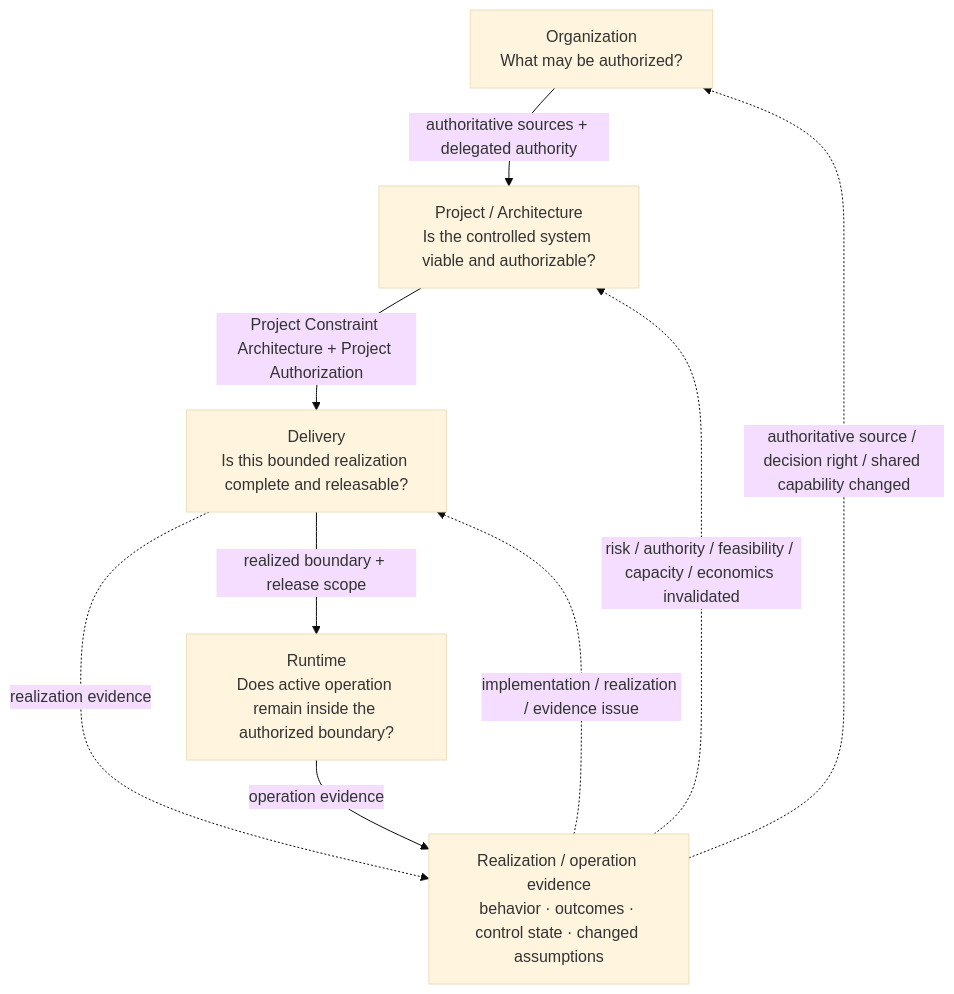
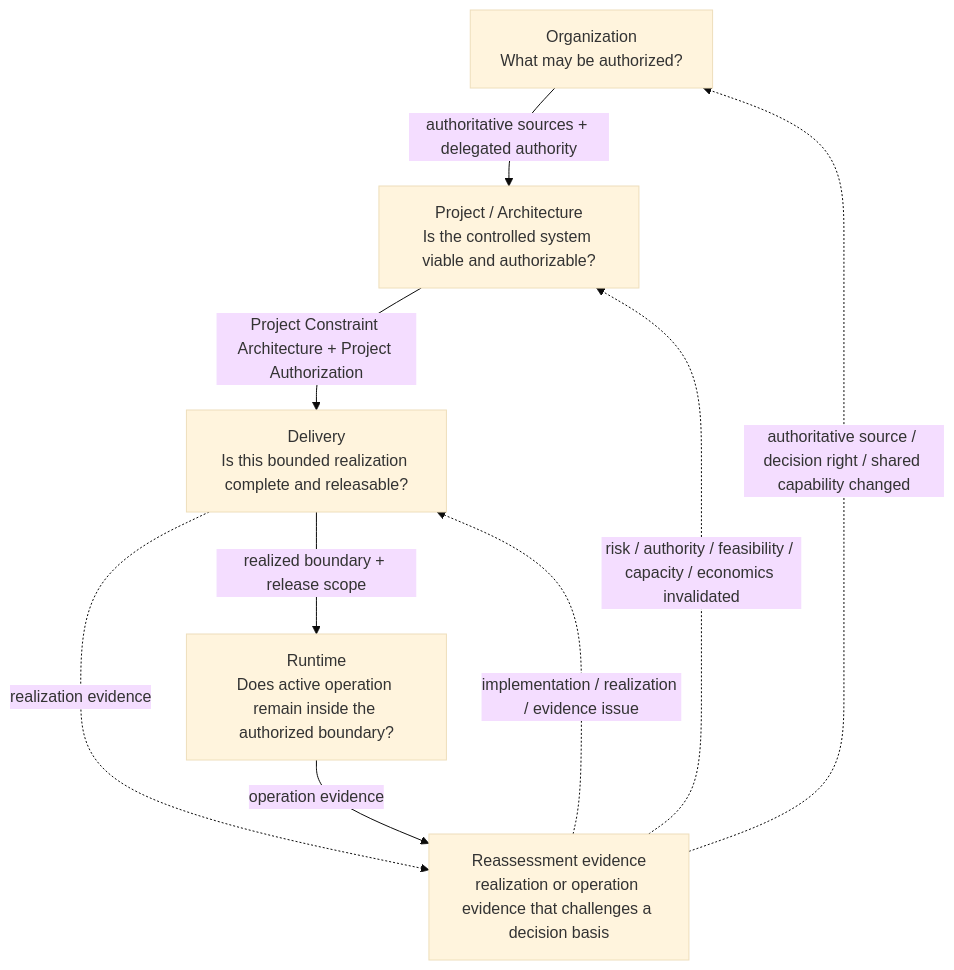
Before and after one commit to UncertaintyArchitectureGroup/uncertainty-architecture: the eighth of 15 diagrams in content/research/notes/open-engineering-specification-article-draft.md, drawn with Mermaid (base theme). The commit also changed other lines of this file, not shown here.

Commit message:
docs(research): polish reassessment evidence semantics

````diff
--- a/content/research/notes/open-engineering-specification-article-draft.md
+++ b/content/research/notes/open-engineering-specification-article-draft.md
@@ -474,17 +474,17 @@
 ```mermaid
 flowchart TB
     O["Organization<br/>What may be authorized?"]
     P["Project / Architecture<br/>Is the controlled system viable and authorizable?"]
     D["Delivery<br/>Is this bounded realization complete and releasable?"]
     R["Runtime<br/>Does active operation remain inside the authorized boundary?"]
-    E["Realization / operation evidence<br/>behavior · outcomes · control state · changed assumptions"]
+    E["Reassessment evidence<br/>realization or operation evidence that challenges a decision basis"]
 
     O -->|authoritative sources + delegated authority| P
     P -->|Project Constraint Architecture + Project Authorization| D
     D -->|realized boundary + release scope| R
     D -.->|realization evidence| E
   R -->|operation evidence| E
     E -.->|implementation / realization / evidence issue| D
     E -.->|risk / authority / feasibility / capacity / economics invalidated| P
     E -.->|authoritative source / decision right / shared capability changed| O
 ```
````
